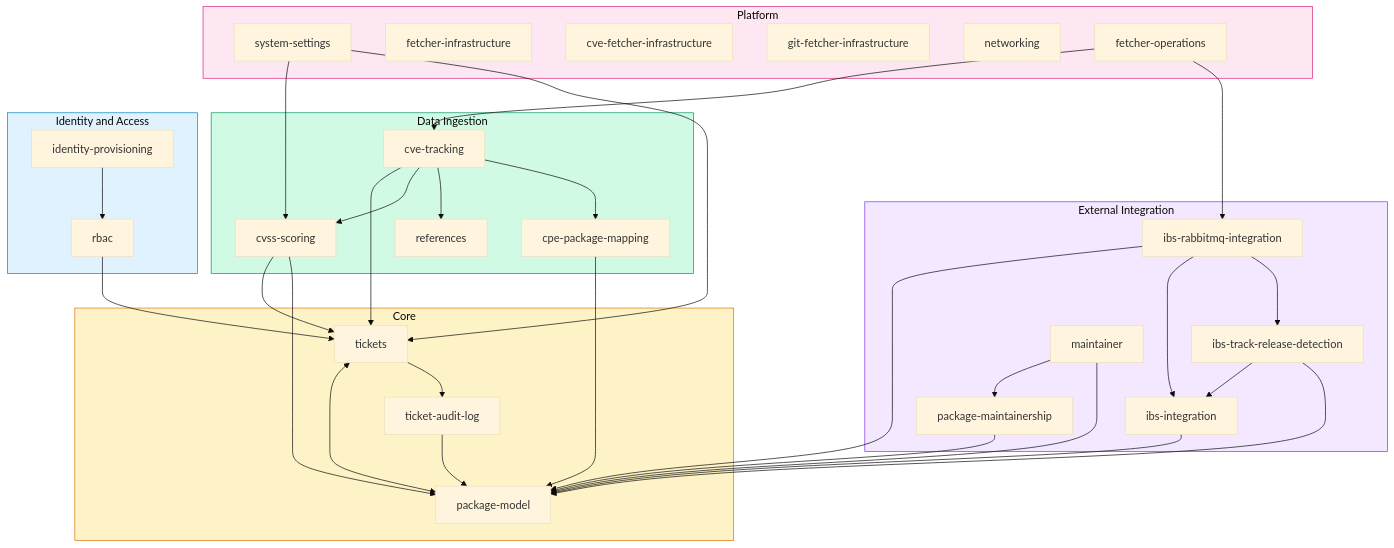
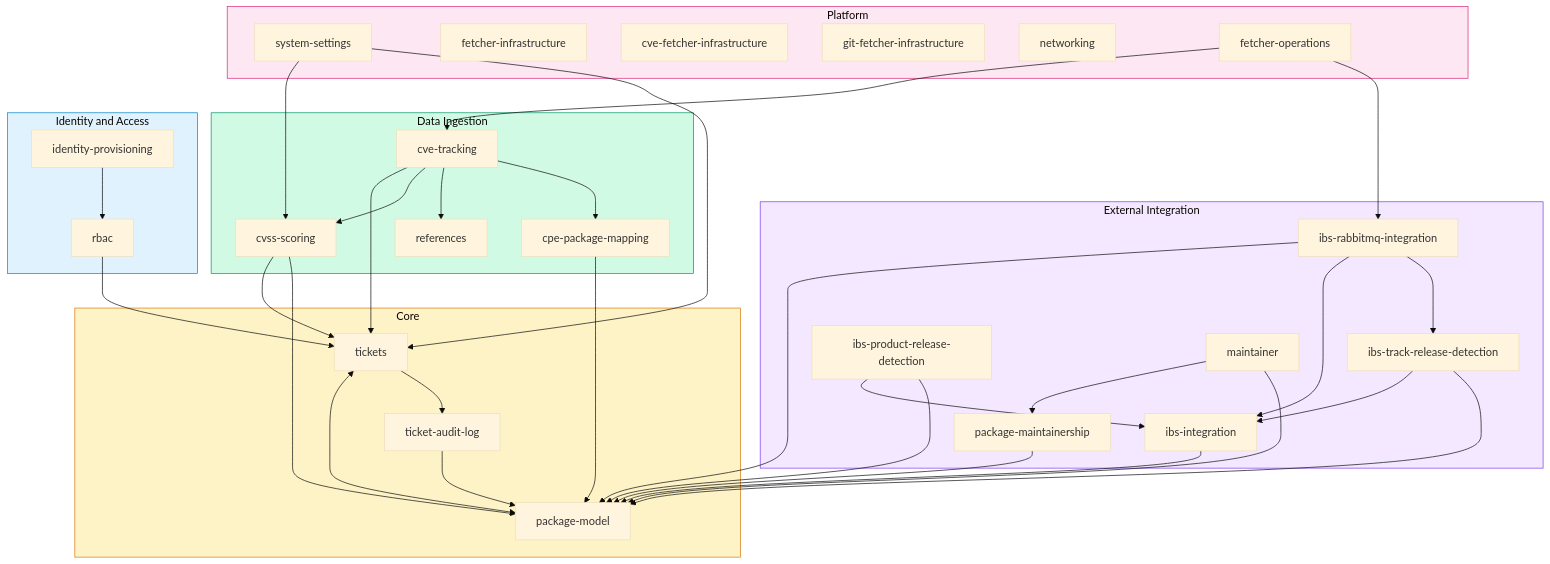
Before and after one commit to StayPirate/STAMP: the seventh of 7 diagrams in docs/system-map.md, drawn with Mermaid (base theme). The commit also changed other lines of this file and 17 other files, not shown here.

Commit message:
docs: complete IBS Product release detection contract

```diff
--- a/docs/system-map.md
+++ b/docs/system-map.md
@@ -711,6 +715,7 @@
         OBS["ibs-integration"]
         RABBIT["ibs-rabbitmq-integration"]
         TRACK_RELEASE["ibs-track-release-detection"]
+        PRODUCT_RELEASE["ibs-product-release-detection"]
         MAINTAINERSHIP["package-maintainership"]
         MAINT["maintainer"]
     end
@@ -749,6 +754,8 @@
     TRACK_RELEASE --> OBS
     RABBIT --> TRACK_RELEASE
     TRACK_RELEASE --> PKG
+    PRODUCT_RELEASE --> OBS
+    PRODUCT_RELEASE --> PKG
     MAINTAINERSHIP --> PKG
     MAINT --> MAINTAINERSHIP
     MAINT --> PKG
```
